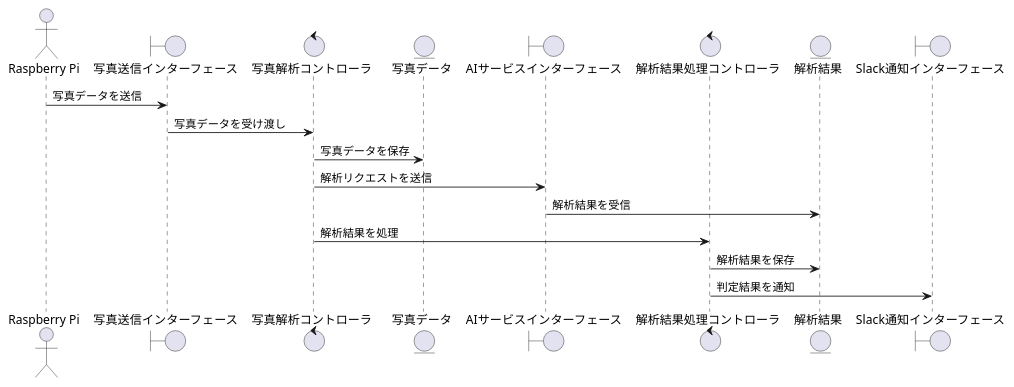
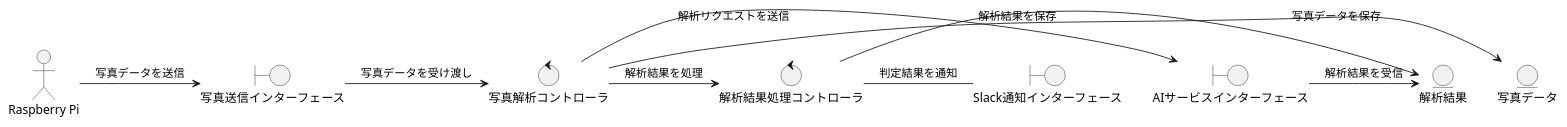
One commit to kangy106/OkatadukeClub changed the diagram in JudgePhotoRobust.puml. Above: the diagram before and after it, drawn with PlantUML.

Commit message:
fix JudgePhotoRobust

```diff
--- a/JudgePhotoRobust.puml
+++ b/JudgePhotoRobust.puml
@@ -1,19 +1,19 @@
 @startuml
 actor "Raspberry Pi" as Raspi
 boundary "写真送信インターフェース" as PhotoInterface
 control "写真解析コントローラ" as PhotoController
 entity "写真データ" as PhotoData
 boundary "AIサービスインターフェース" as AIInterface
 control "解析結果処理コントローラ" as ResultController
 entity "解析結果" as AnalysisResult
 boundary "Slack通知インターフェース" as SlackInterface
 
 Raspi -> PhotoInterface : 写真データを送信
 PhotoInterface -> PhotoController : 写真データを受け渡し
 PhotoController -> PhotoData : 写真データを保存
 PhotoController -> AIInterface : 解析リクエストを送信
 AIInterface -> AnalysisResult : 解析結果を受信
 PhotoController -> ResultController : 解析結果を処理
 ResultController -> AnalysisResult : 解析結果を保存
-ResultController -> SlackInterface : 判定結果を通知
+ResultController - SlackInterface : 判定結果を通知
 @enduml
```
